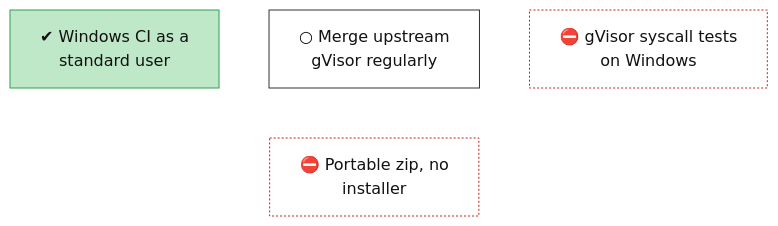
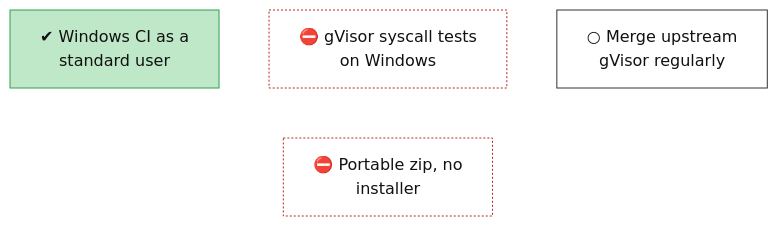
One commit to lhns/gvisor-windows changed the diagram in docs/roadmap/tracks/ops.md. Above: the diagram before and after it, drawn with Mermaid. The commit also changed other lines of this file and 7 other files, not shown here.

````diff
--- a/docs/roadmap/tracks/ops.md
+++ b/docs/roadmap/tracks/ops.md
@@ -10,27 +10,27 @@
 ```mermaid
 flowchart TB
     ops_windows_ci_standard_user["✔ Windows CI as a<br/>standard user"]
+    ops_syscall_tests_on_windows["⛔ gVisor syscall tests<br/>on Windows"]
     ops_upstream_merges["○ Merge upstream<br/>gVisor regularly"]
-    ops_syscall_tests_on_windows["⛔ gVisor syscall tests<br/>on Windows"]
     ops_portable_packaging["⛔ Portable zip, no<br/>installer"]
     ops_windows_ci_standard_user ~~~ ops_portable_packaging
+    ops_syscall_tests_on_windows ~~~ ops_portable_packaging
     ops_upstream_merges ~~~ ops_portable_packaging
-    ops_syscall_tests_on_windows ~~~ ops_portable_packaging
     classDef vsucc fill:#2e9e4f,stroke:#1b6b34,color:#fff
     classDef succ fill:#bfe8c8,stroke:#2e9e4f,color:#111
     classDef mixed fill:#ffd37a,stroke:#c98a00,color:#111
     classDef bad fill:#f28b82,stroke:#b3261e,color:#111
     classDef dead fill:#e6e6e6,stroke:#777,stroke-dasharray:5 5,color:#555
     classDef inprog fill:#a8cdf5,stroke:#1f6fc5,color:#111
     classDef next fill:#fff,stroke:#333,color:#111
     classDef blocked fill:#fff,stroke:#b3261e,stroke-dasharray:2 2,color:#111
     classDef parked fill:#f3f3f3,stroke:#999,color:#555
     classDef unrated fill:#fff,stroke:#333,stroke-dasharray:1 3,color:#111
     classDef gate fill:#d9c2f0,stroke:#7b3fb5,color:#111
     classDef decided fill:#ece0f7,stroke:#7b3fb5,stroke-dasharray:2 2,color:#111
     classDef finding fill:#ffe0b2,stroke:#d84315,stroke-width:2px,color:#111
     classDef waiting fill:#e3f2fd,stroke:#1f6fc5,stroke-dasharray:5 5,color:#111
     class ops_windows_ci_standard_user succ
+    class ops_syscall_tests_on_windows,ops_portable_packaging blocked
     class ops_upstream_merges next
-    class ops_syscall_tests_on_windows,ops_portable_packaging blocked
 ```
````
